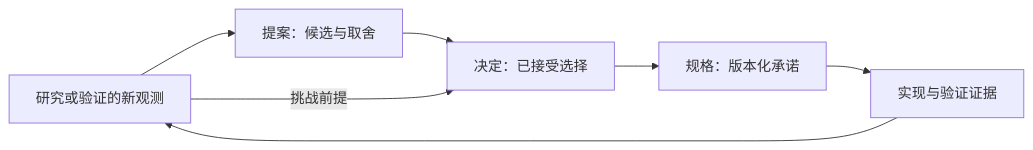
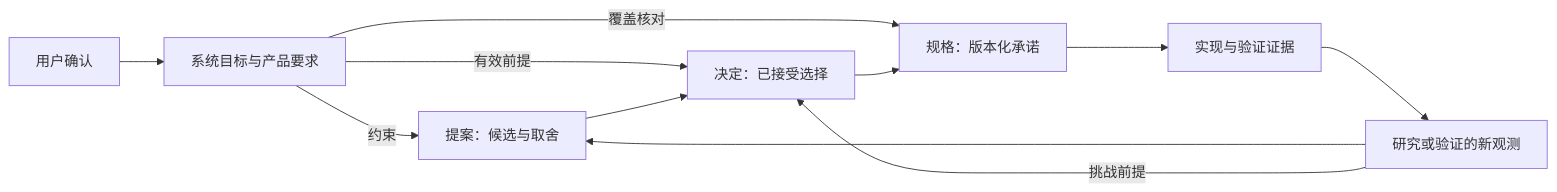
One commit to nemori-ai/omne-harness-lite changed the diagram in docs/maintenance/knowledge-flow.md. Above: the diagram before and after it, drawn with Mermaid. The commit also changed other lines of this file and 63 other files, not shown here.

````diff
--- a/docs/maintenance/knowledge-flow.md
+++ b/docs/maintenance/knowledge-flow.md
@@ -5,9 +9,13 @@
 ```mermaid
 flowchart LR
+  U[用户确认] --> Q[系统目标与产品要求]
+  Q -->|约束| P
+  Q -->|有效前提| D
+  Q -->|覆盖核对| S
   R[研究或验证的新观测] --> P[提案：候选与取舍]
   P --> D[决定：已接受选择]
   D --> S[规格：版本化承诺]
   S --> E[实现与验证证据]
   E --> R
   R -->|挑战前提| D
 ```
````
